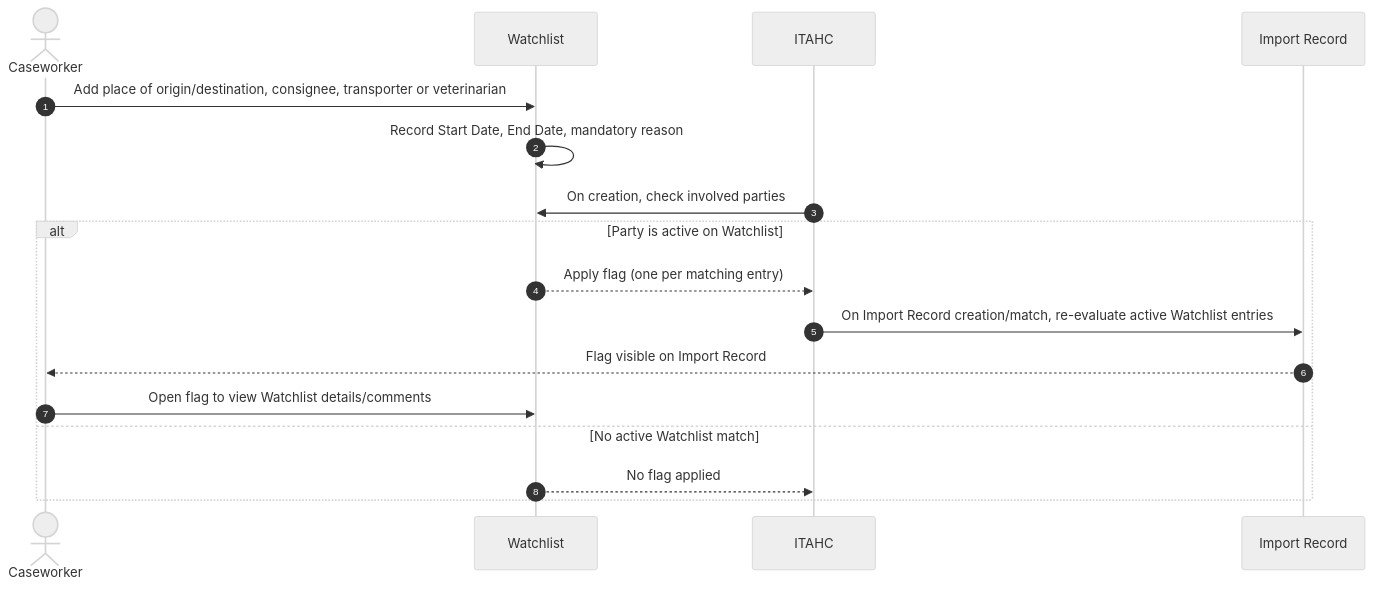
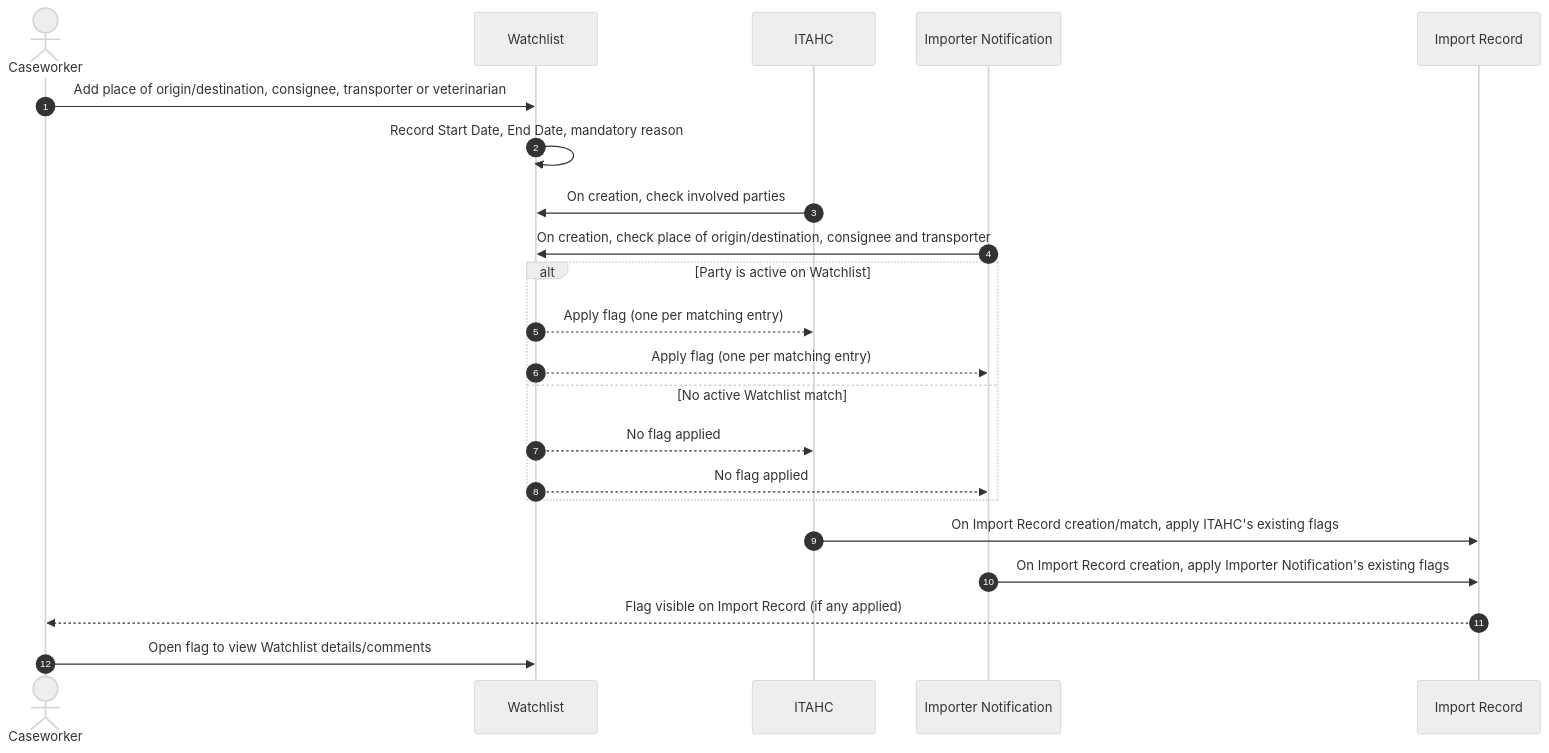
The seventh of 7 diagrams in docs/requirements/diagrams/sequence-diagrams.md (DEFRA/trade-imports-pims), drawn with Mermaid (neutral theme) before and after one commit. The commit also changed other lines of this file and 132 other files, not shown here.

First line of the commit message:
test: us-003 manage importer notification AB#62597 (#43)

````diff
--- a/docs/requirements/diagrams/sequence-diagrams.md
+++ b/docs/requirements/diagrams/sequence-diagrams.md
@@ -209,20 +185,25 @@
 ```mermaid
 sequenceDiagram
     autonumber
     actor CW as Caseworker
     participant WL as Watchlist
     participant ITAHC as ITAHC
+    participant IN as Importer Notification
     participant IR as Import Record
 
     CW->>WL: Add place of origin/destination, consignee, transporter or veterinarian
     WL->>WL: Record Start Date, End Date, mandatory reason
     ITAHC->>WL: On creation, check involved parties
+    IN->>WL: On creation, check place of origin/destination, consignee and transporter
     alt Party is active on Watchlist
         WL-->>ITAHC: Apply flag (one per matching entry)
-        ITAHC->>IR: On Import Record creation/match, re-evaluate active Watchlist entries
-        IR-->>CW: Flag visible on Import Record
-        CW->>WL: Open flag to view Watchlist details/comments
+        WL-->>IN: Apply flag (one per matching entry)
     else No active Watchlist match
         WL-->>ITAHC: No flag applied
+        WL-->>IN: No flag applied
     end
+    ITAHC->>IR: On Import Record creation/match, apply ITAHC's existing flags
+    IN->>IR: On Import Record creation, apply Importer Notification's existing flags
+    IR-->>CW: Flag visible on Import Record (if any applied)
+    CW->>WL: Open flag to view Watchlist details/comments
 ```
````
